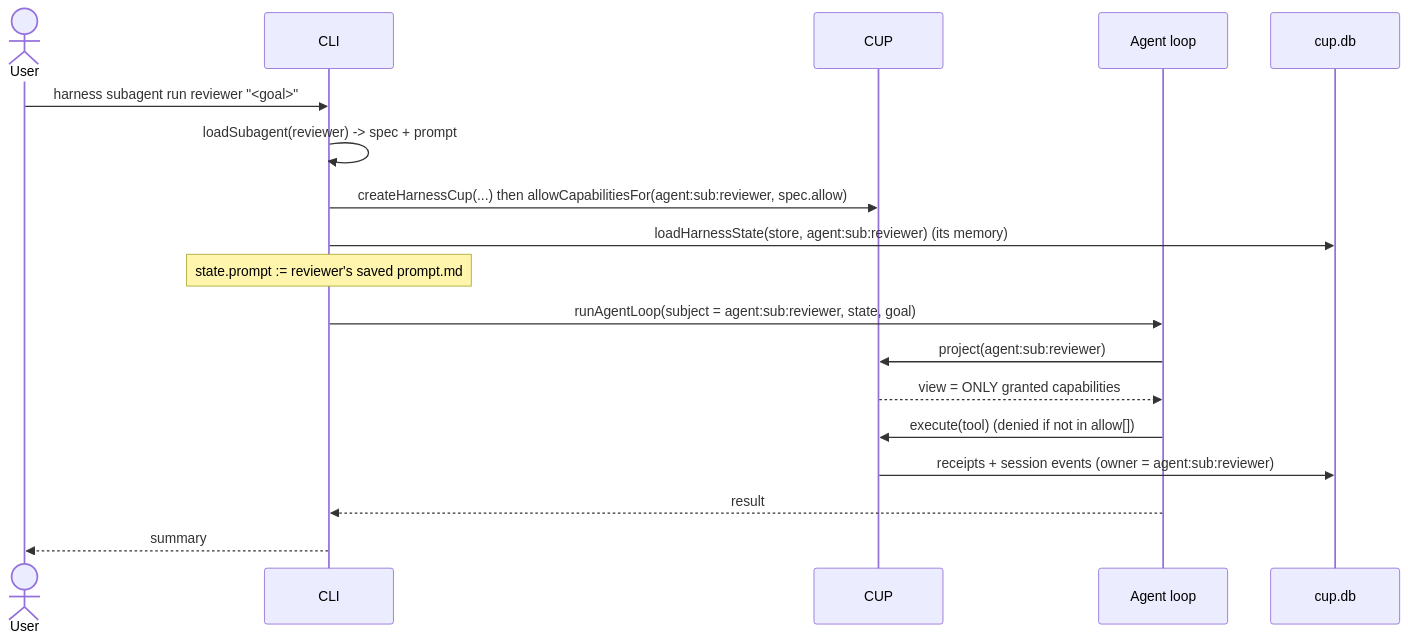
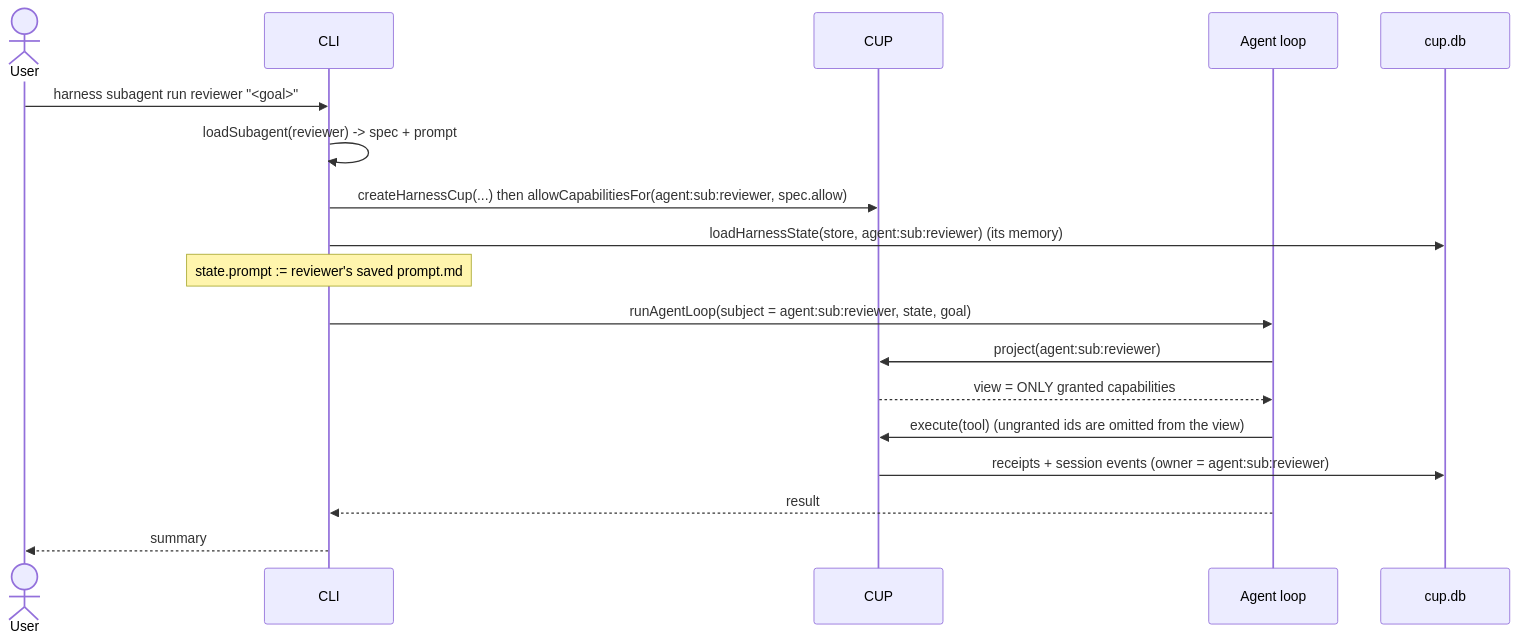
One commit to Capability-UI/agent-harness changed the second of 3 diagrams in docs/subagents.md. Above: the diagram before and after it, drawn with Mermaid. The commit also changed other lines of this file and 4 other files, not shown here.

````diff
--- a/docs/subagents.md
+++ b/docs/subagents.md
@@ -68,21 +69,21 @@
 ```mermaid
 sequenceDiagram
   actor User
   participant CLI
   participant CUP
   participant AL as Agent loop
   participant DB as cup.db
 
   User->>CLI: harness subagent run reviewer "<goal>"
   CLI->>CLI: loadSubagent(reviewer) -> spec + prompt
   CLI->>CUP: createHarnessCup(...) then allowCapabilitiesFor(agent:sub:reviewer, spec.allow)
   CLI->>DB: loadHarnessState(store, agent:sub:reviewer)  (its memory)
   Note over CLI: state.prompt := reviewer's saved prompt.md
   CLI->>AL: runAgentLoop(subject = agent:sub:reviewer, state, goal)
   AL->>CUP: project(agent:sub:reviewer)
   CUP-->>AL: view = ONLY granted capabilities
-  AL->>CUP: execute(tool)  (denied if not in allow[])
+  AL->>CUP: execute(tool)  (ungranted ids are omitted from the view)
   CUP->>DB: receipts + session events (owner = agent:sub:reviewer)
   AL-->>CLI: result
   CLI-->>User: summary
 ```
````
